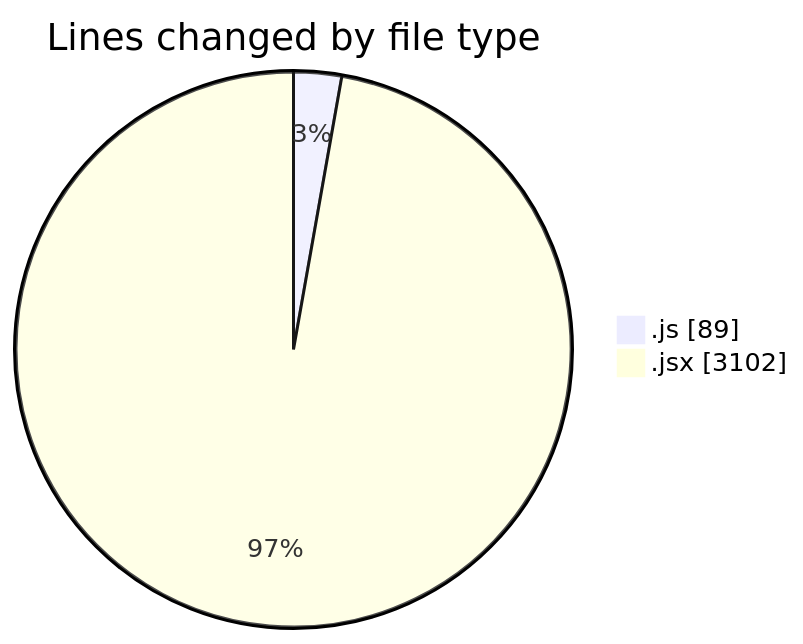
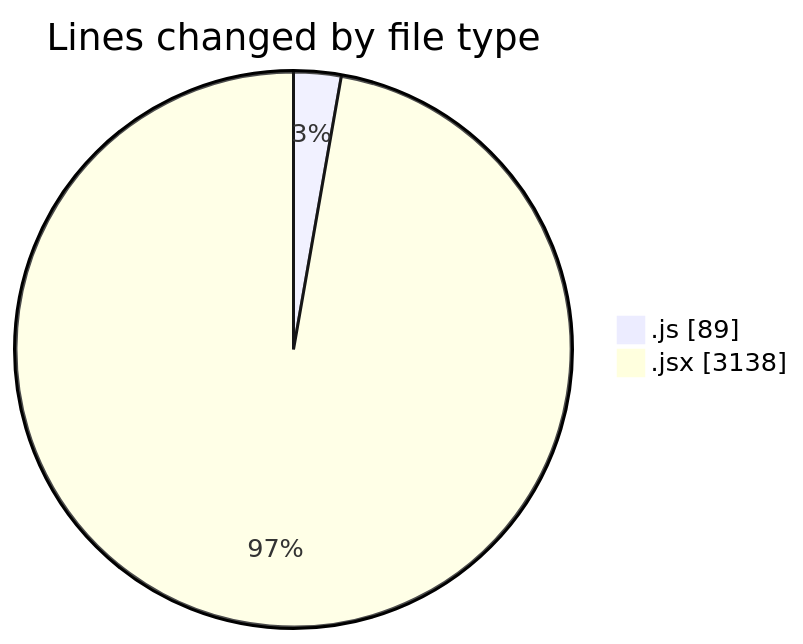
One commit to nxtqubesakshisongat/code-tracking changed the first of 2 diagrams in 2025-05-03/nxtqube_webapp/README.md. Above: the diagram before and after it, drawn with Mermaid. The commit also changed other lines of this file and 1 other file, not shown here.

````diff
--- a/2025-05-03/nxtqube_webapp/README.md
+++ b/2025-05-03/nxtqube_webapp/README.md
@@ -24,6 +24,6 @@
 ```mermaid
 pie showData
 title Lines changed by file type
 ".js" : 89
-".jsx" : 3102
+".jsx" : 3138
 ```
````
